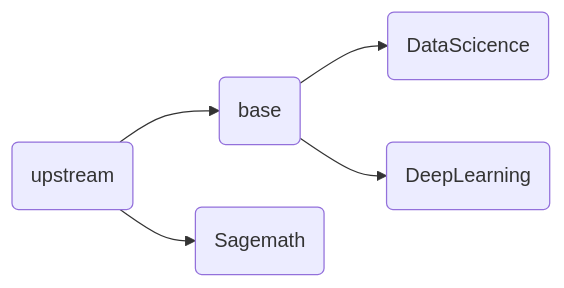
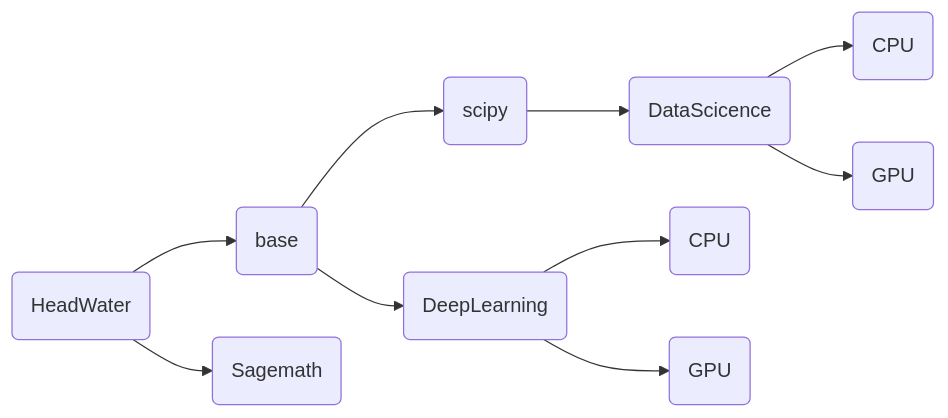
The diagram in README.md (ben0i0d/jupyter-image-stacks), drawn with Mermaid before and after one commit. The commit also changed other lines of this file and 3 other files, not shown here.

Commit message:
更新 README.md, base/Dockerfile, datascience/Dockerfile, scipy/Dockerfile

````diff
--- a/README.md
+++ b/README.md
@@ -10,7 +10,12 @@
 ```mermaid
 	graph LR
-	A(upstream)-->B(base)
-	B-->C(DataScicence)
+	A(HeadWater)-->B(base)
+	B-->J(scipy)
+	J-->C(DataScicence)
+	C-->E(CPU)
+	C-->F(GPU)
     B-->D(DeepLearning)
-    A-->F(Sagemath)
+	D-->G(CPU)
+	D-->H(GPU)	
+    A-->I(Sagemath)
 ```
````
